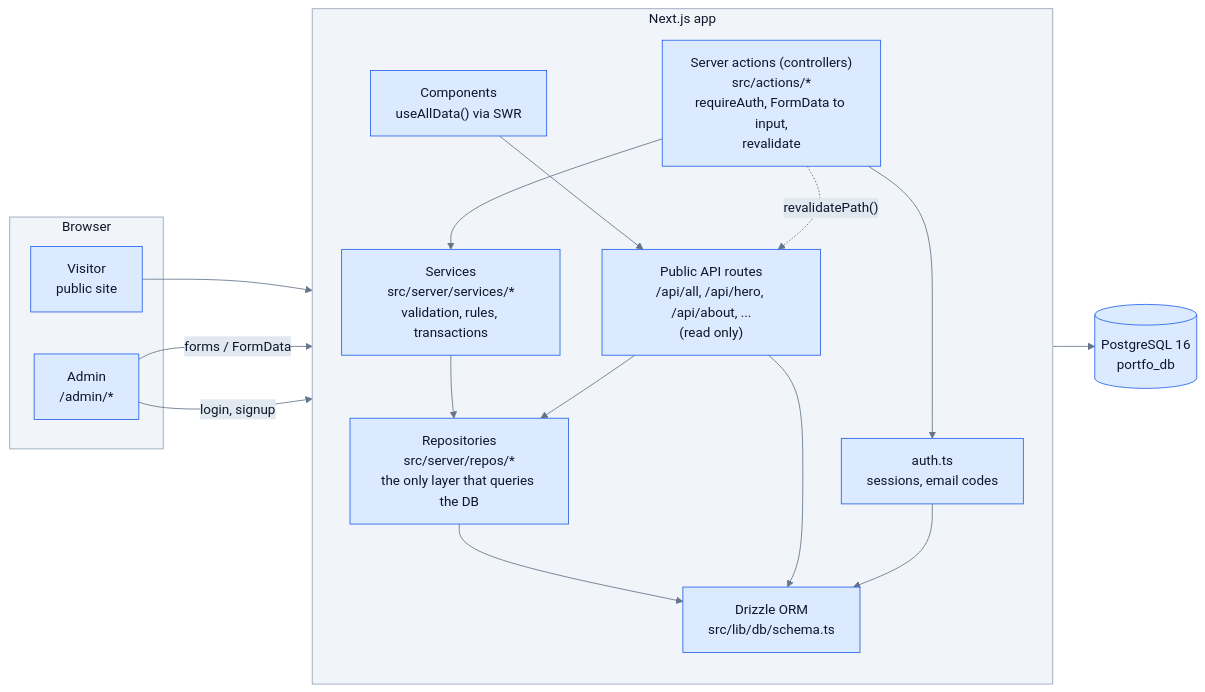
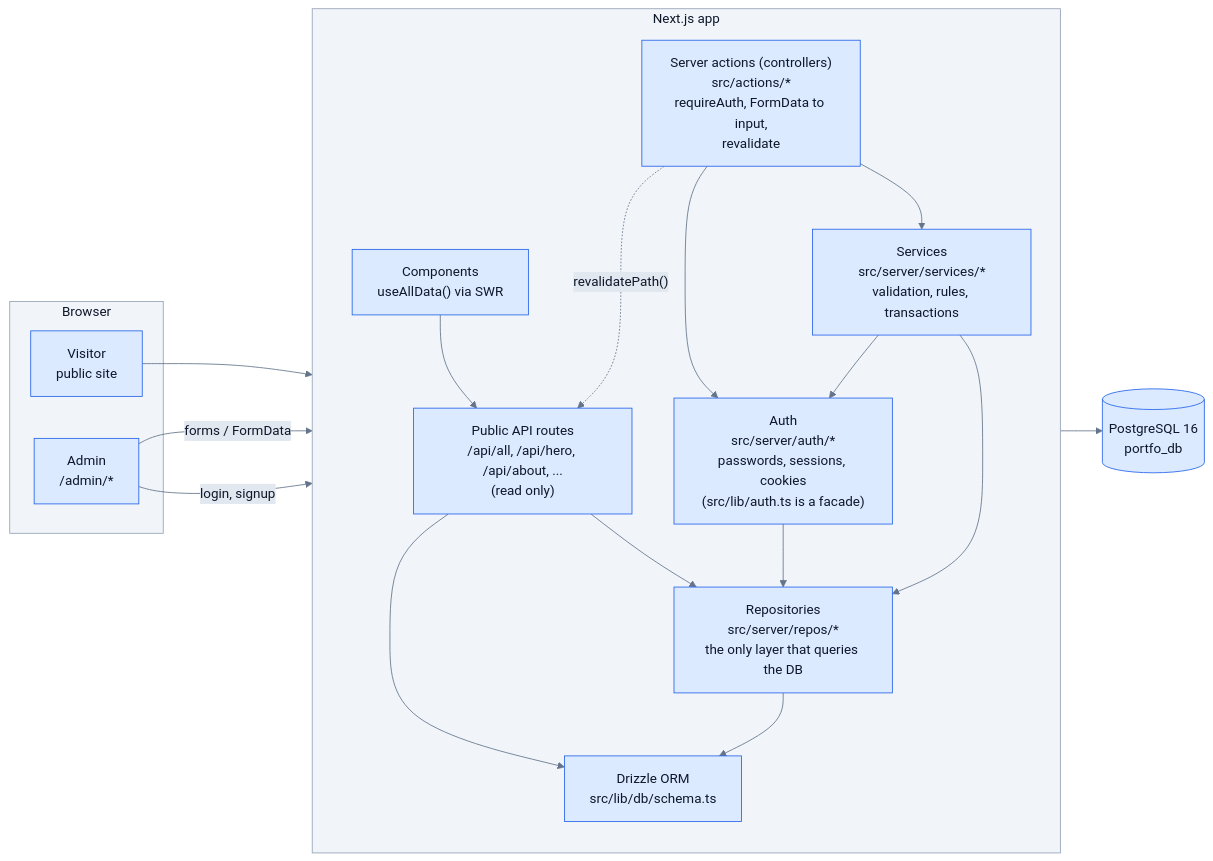
The first of 14 diagrams in docs/database-architecture.md (mhmdsbr/portfolio), drawn with Mermaid before and after one commit. The commit also changed other lines of this file and 14 other files, not shown here.

````diff
--- a/docs/database-architecture.md
+++ b/docs/database-architecture.md
@@ -15,34 +15,35 @@
 ```mermaid
 %%{init: {'theme':'base','themeVariables':{'primaryColor':'#dbeafe','primaryTextColor':'#0f172a','primaryBorderColor':'#2563eb','secondaryColor':'#e0f2fe','tertiaryColor':'#f1f5f9','lineColor':'#64748b','textColor':'#0f172a','mainBkg':'#dbeafe','nodeBorder':'#2563eb','clusterBkg':'#f1f5f9','clusterBorder':'#94a3b8','titleColor':'#0f172a','edgeLabelBackground':'#e2e8f0'}}}%%
 flowchart LR
     subgraph Browser
         V[Visitor<br/>public site]
         A[Admin<br/>/admin/*]
     end
 
     subgraph Next["Next.js app"]
         direction TB
         UI["Components<br/>useAllData() via SWR"]
         API["Public API routes<br/>/api/all, /api/hero, /api/about, ...<br/>(read only)"]
         ACT["Server actions (controllers)<br/>src/actions/*<br/>requireAuth, FormData to input,<br/>revalidate"]
         SVC["Services<br/>src/server/services/*<br/>validation, rules, transactions"]
         LIB["Repositories<br/>src/server/repos/*<br/>the only layer that queries the DB"]
-        AUTH["auth.ts<br/>sessions, email codes"]
+        AUTH["Auth<br/>src/server/auth/*<br/>passwords, sessions, cookies<br/>(src/lib/auth.ts is a facade)"]
         DRZ["Drizzle ORM<br/>src/lib/db/schema.ts"]
     end
 
     PG[("PostgreSQL 16<br/>portfo_db")]
 
     V --> UI --> API
     A -->|forms / FormData| ACT
     A -->|login, signup| AUTH
     ACT --> SVC --> LIB
     API --> LIB
     ACT --> AUTH
     LIB --> DRZ
     API --> DRZ
-    AUTH --> DRZ
+    AUTH --> LIB
+    SVC --> AUTH
     DRZ --> PG
 
     ACT -. "revalidatePath()" .-> API
 ```
````
